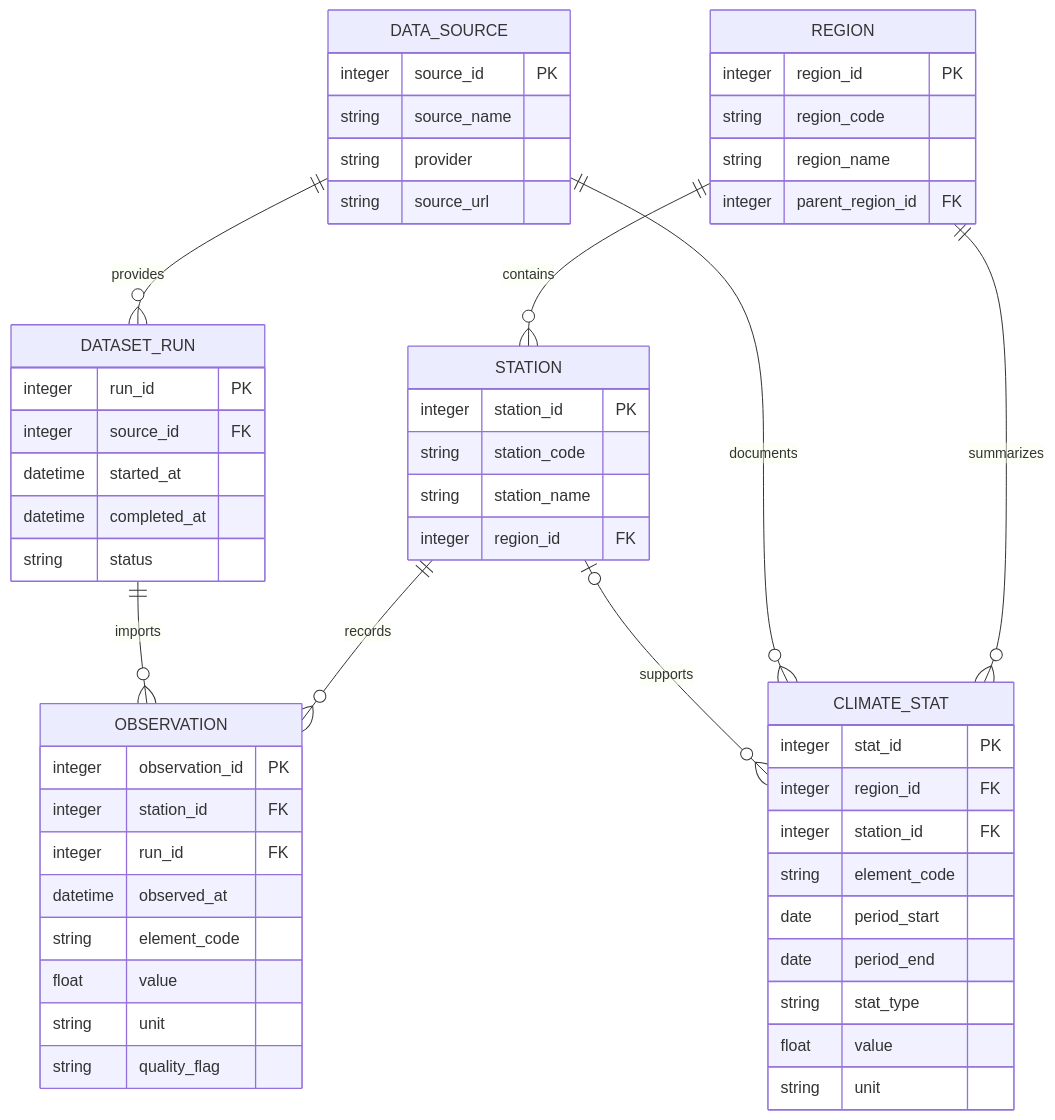
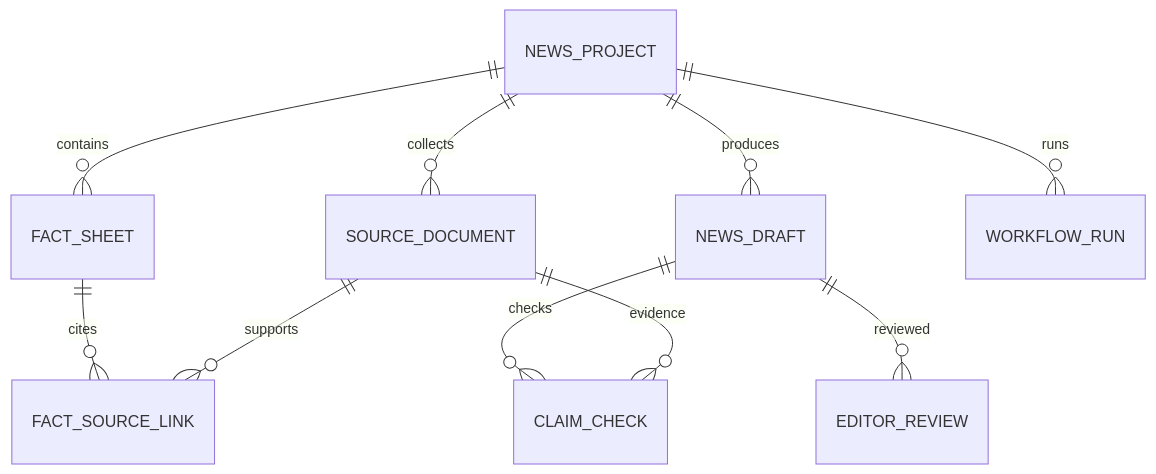
The second of 2 diagrams in README.md (sinyoungk0711-droid/weather_app), drawn with Mermaid before and after one commit. The commit also changed other lines of this file, not shown here.

Commit message:
docs: rewrite README for climate dashboard and news workflow design

````diff
--- a/README.md
+++ b/README.md
@@ -128,56 +165,12 @@
 ```mermaid
 erDiagram
-    REGION ||--o{ STATION : contains
-    REGION ||--o{ CLIMATE_STAT : summarizes
-    STATION ||--o{ OBSERVATION : records
-    DATA_SOURCE ||--o{ DATASET_RUN : provides
-    DATASET_RUN ||--o{ OBSERVATION : imports
-    DATA_SOURCE ||--o{ CLIMATE_STAT : documents
-    STATION o|--o{ CLIMATE_STAT : supports
-    REGION {
-        integer region_id PK
-        string region_code
-        string region_name
-        integer parent_region_id FK
-    }
-    STATION {
-        integer station_id PK
-        string station_code
-        string station_name
-        integer region_id FK
-    }
-    DATA_SOURCE {
-        integer source_id PK
-        string source_name
-        string provider
-        string source_url
-    }
-    DATASET_RUN {
-        integer run_id PK
-        integer source_id FK
-        datetime started_at
-        datetime completed_at
-        string status
-    }
-    OBSERVATION {
-        integer observation_id PK
-        integer station_id FK
-        integer run_id FK
-        datetime observed_at
-        string element_code
-        float value
-        string unit
-        string quality_flag
-    }
-    CLIMATE_STAT {
-        integer stat_id PK
-        integer region_id FK
-        integer station_id FK
-        string element_code
-        date period_start
-        date period_end
-        string stat_type
-        float value
-        string unit
-    }
+    NEWS_PROJECT ||--o{ SOURCE_DOCUMENT : collects
+    NEWS_PROJECT ||--o{ FACT_SHEET : contains
+    FACT_SHEET ||--o{ FACT_SOURCE_LINK : cites
+    SOURCE_DOCUMENT ||--o{ FACT_SOURCE_LINK : supports
+    NEWS_PROJECT ||--o{ NEWS_DRAFT : produces
+    NEWS_DRAFT ||--o{ CLAIM_CHECK : checks
+    SOURCE_DOCUMENT ||--o{ CLAIM_CHECK : evidence
+    NEWS_DRAFT ||--o{ EDITOR_REVIEW : reviewed
+    NEWS_PROJECT ||--o{ WORKFLOW_RUN : runs
 ```
````
